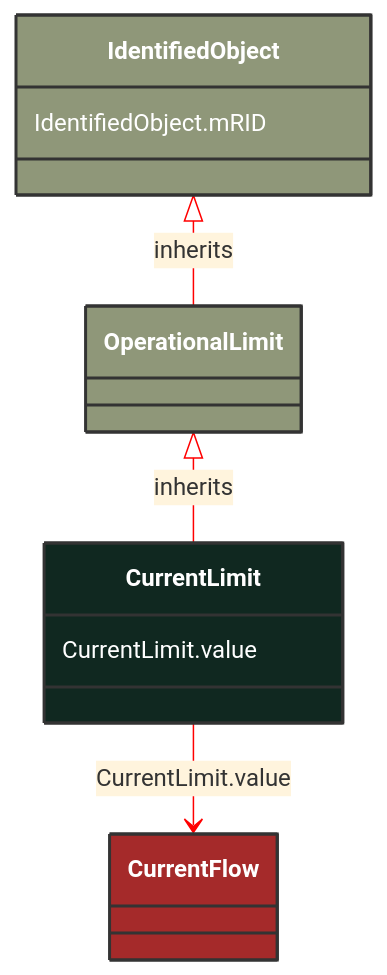
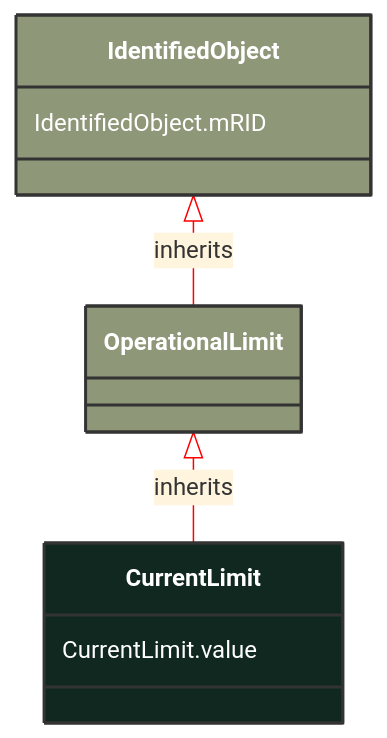
Before and after one commit to 3lbits/NoCIMExtensions: the diagram in docs/Models/Profiles/SteadyStateHypothesis/ConcreteClasses/CurrentLimit.md, drawn with Mermaid. The commit also changed 397 other files, not shown here.

First line of the commit message:
Refactor CIM schemas to introduce abstract classes and consolidate data types

````diff
--- a/docs/Models/Profiles/SteadyStateHypothesis/ConcreteClasses/CurrentLimit.md
+++ b/docs/Models/Profiles/SteadyStateHypothesis/ConcreteClasses/CurrentLimit.md
@@ -8,25 +8,20 @@
 ```mermaid
 %%{init: {'theme':'base','themeVariables': {'lineColor': '#FF0000'}}}%%
 classDiagram
     class CurrentLimit
     click CurrentLimit href "/Models/Profiles/SteadyStateHypothesis/ConcreteClasses/CurrentLimit/"
     style CurrentLimit fill:#102820,stroke:#333,stroke-width:2px,rx:10,ry:10,color:white
      
         OperationalLimit <|-- CurrentLimit : inherits
             click OperationalLimit href "/Models/Profiles/SteadyStateHypothesis/ConcreteClasses/OperationalLimit/"
             style OperationalLimit fill:#8F9779,stroke:#333,stroke-width:2px,rx:10,ry:10,color:white
      
         IdentifiedObject <|-- OperationalLimit : inherits
             click IdentifiedObject href "/Models/Profiles/SteadyStateHypothesis/ConcreteClasses/IdentifiedObject/"
             style IdentifiedObject fill:#8F9779,stroke:#333,stroke-width:2px,rx:10,ry:10,color:white
 
-        CurrentLimit --> CurrentFlow : CurrentLimit.value
-
-        CurrentFlow
-            click CurrentFlow href "/Models/Profiles/SteadyStateHypothesis/ConcreteClasses/CurrentFlow/"
-            style CurrentFlow fill:#A52A2A,stroke:#333,stroke-width:2px,rx:10,ry:10,color:white
 
 
         CurrentLimit : CurrentLimit.value
         IdentifiedObject : IdentifiedObject.mRID
 ```
````
